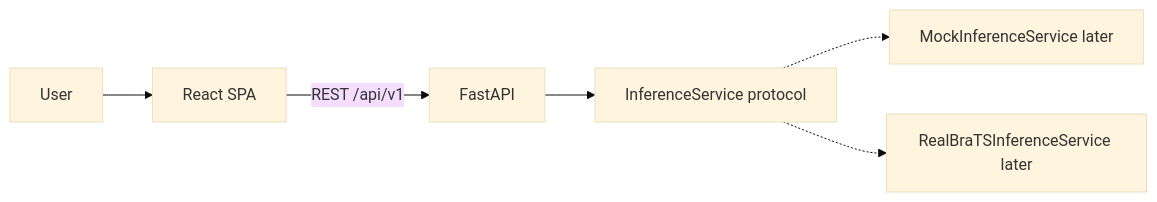
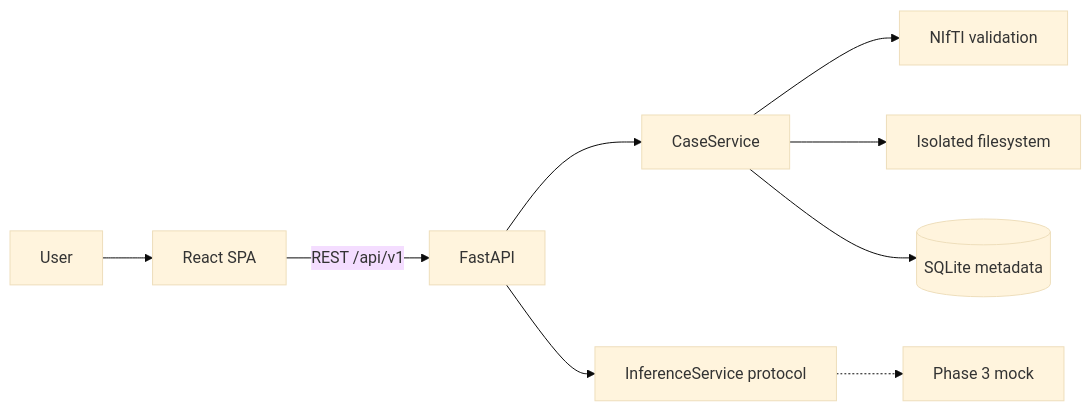
One commit to JAGADISHSUNILPEDNEKAR/Medical_Tumor_Segmentation-Tumor_Detection changed the diagram in ARCHITECTURE.md. Above: the diagram before and after it, drawn with Mermaid (base theme). The commit also changed other lines of this file and 1 other file, not shown here.

First line of the commit message:
docs: update README and ARCHITECTURE documentation for Phase 2 case validation

````diff
--- a/ARCHITECTURE.md
+++ b/ARCHITECTURE.md
@@ -9,8 +9,11 @@
 ```mermaid
 flowchart LR
     User[User] --> FE[React SPA]
     FE -->|REST /api/v1| BE[FastAPI]
+    BE --> Cases[CaseService]
+    Cases --> Val[NIfTI validation]
+    Cases --> Store[Isolated filesystem]
+    Cases --> DB[(SQLite metadata)]
     BE --> Inf[InferenceService protocol]
-    Inf -.-> Mock[MockInferenceService later]
-    Inf -.-> Real[RealBraTSInferenceService later]
+    Inf -.-> Mock[Phase 3 mock]
 ```
````
